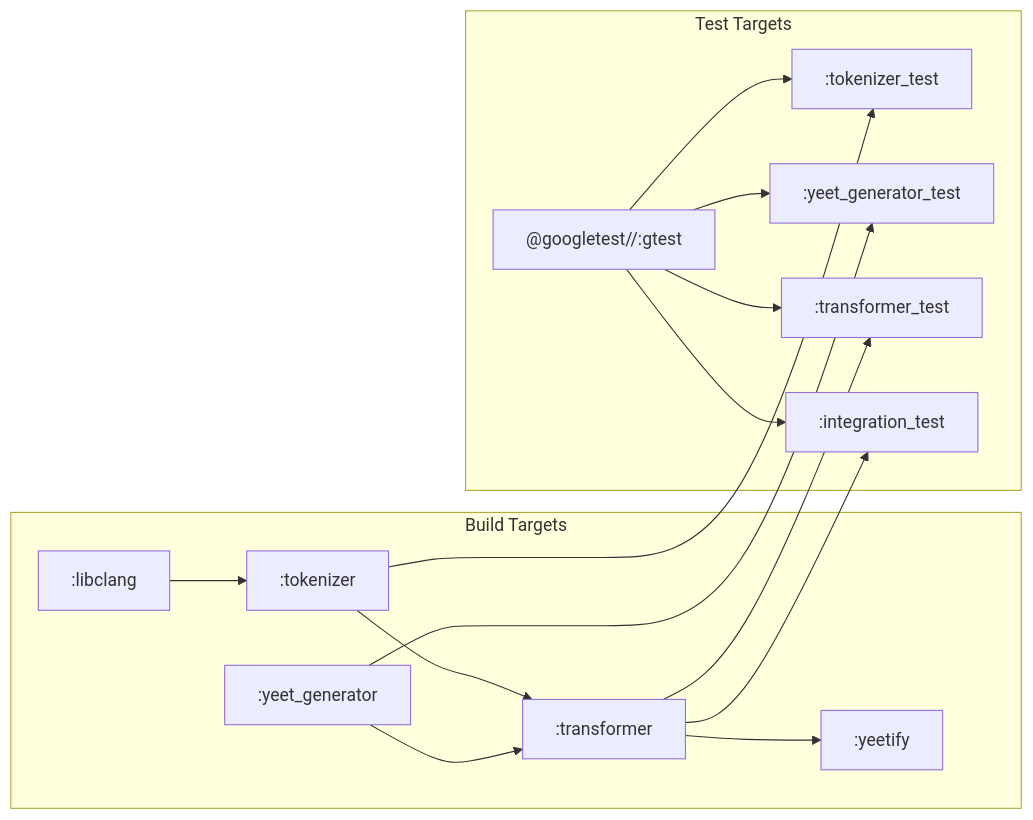
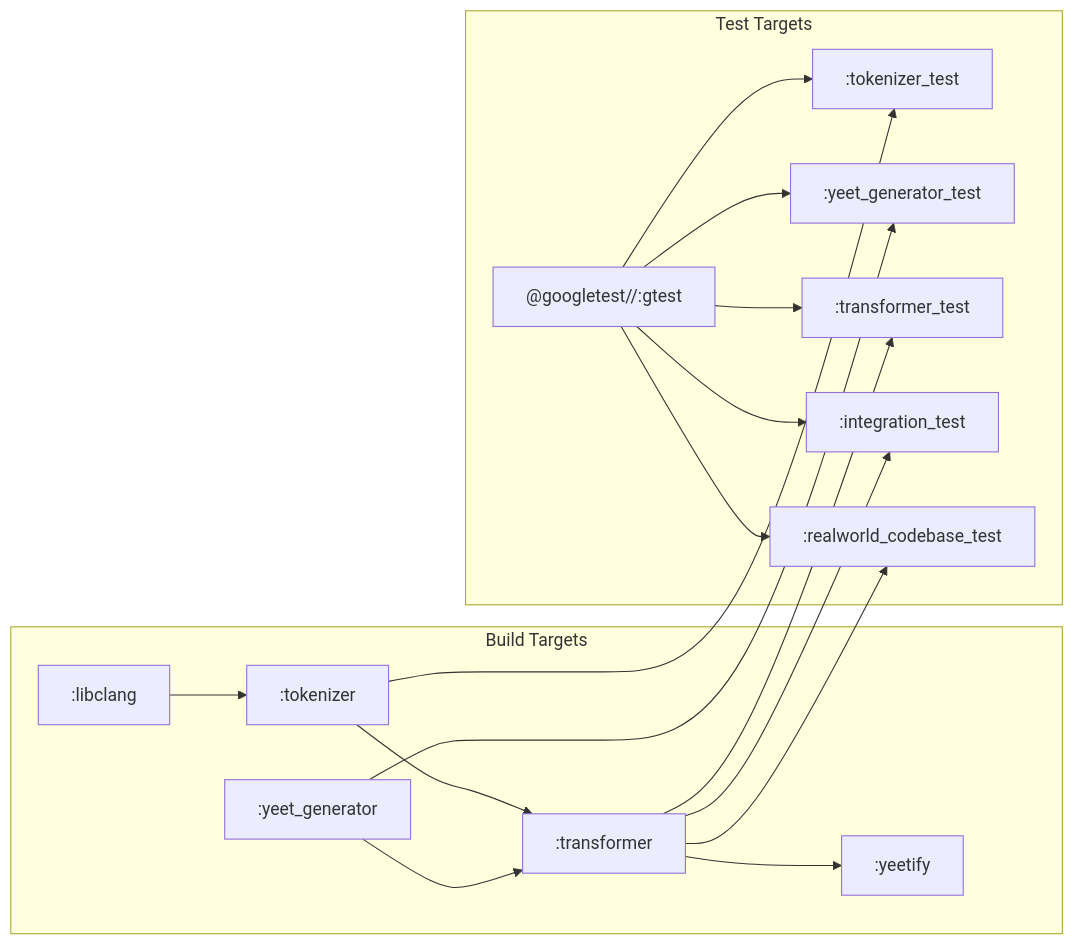
Before and after one commit to y2kmurali/yeetify: the third of 3 diagrams in ARCHITECTURE.md, drawn with Mermaid. The commit also changed other lines of this file and 4 other files, not shown here.

````diff
--- a/ARCHITECTURE.md
+++ b/ARCHITECTURE.md
@@ -153,21 +153,23 @@
 ```mermaid
 flowchart LR
     subgraph Build Targets
         LibClang[":libclang"] --> Tok[":tokenizer"]
         Tok --> Trans[":transformer"]
         Gen[":yeet_generator"] --> Trans
         Trans --> Bin[":yeetify"]
     end
 
     subgraph Test Targets
         GTest["@googletest//:gtest"]
         Tok --> TT[":tokenizer_test"]
         Gen --> YT[":yeet_generator_test"]
         Trans --> TRT[":transformer_test"]
         Trans --> IT[":integration_test"]
+        Trans --> RWT[":realworld_codebase_test"]
         GTest --> TT
         GTest --> YT
         GTest --> TRT
         GTest --> IT
+        GTest --> RWT
     end
 ```
````
